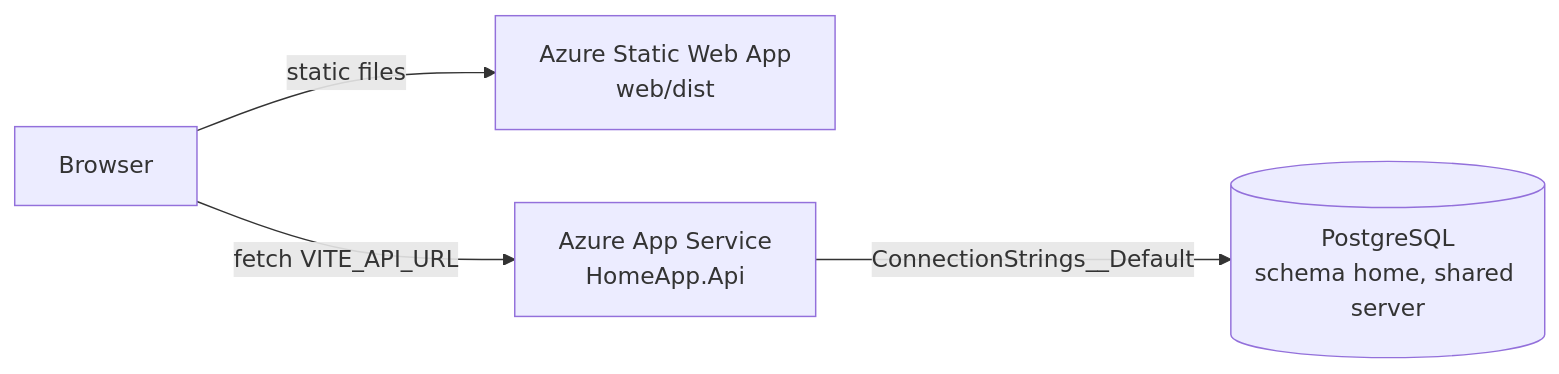
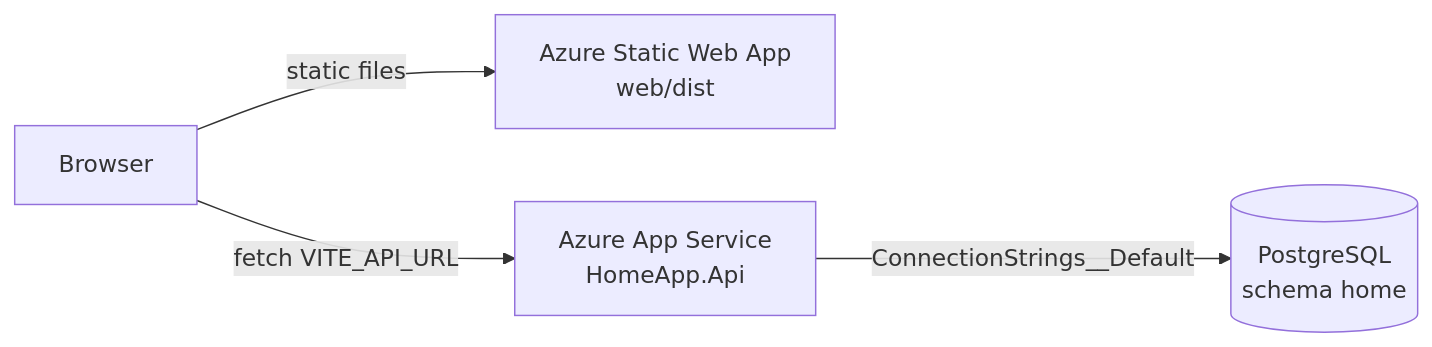
The diagram in docs/architecture.md (Weretik/home-app), drawn with Mermaid before and after one commit. The commit also changed 6 other files, not shown here.

````diff
--- a/docs/architecture.md
+++ b/docs/architecture.md
@@ -3,6 +3,6 @@
 ```mermaid
 flowchart LR
   browser[Browser] -->|static files| swa[Azure Static Web App<br/>web/dist]
   browser -->|fetch VITE_API_URL| api[Azure App Service<br/>HomeApp.Api]
-  api -->|ConnectionStrings__Default| db[(PostgreSQL<br/>schema home, shared server)]
+  api -->|ConnectionStrings__Default| db[(PostgreSQL<br/>schema home)]
 ```
````
